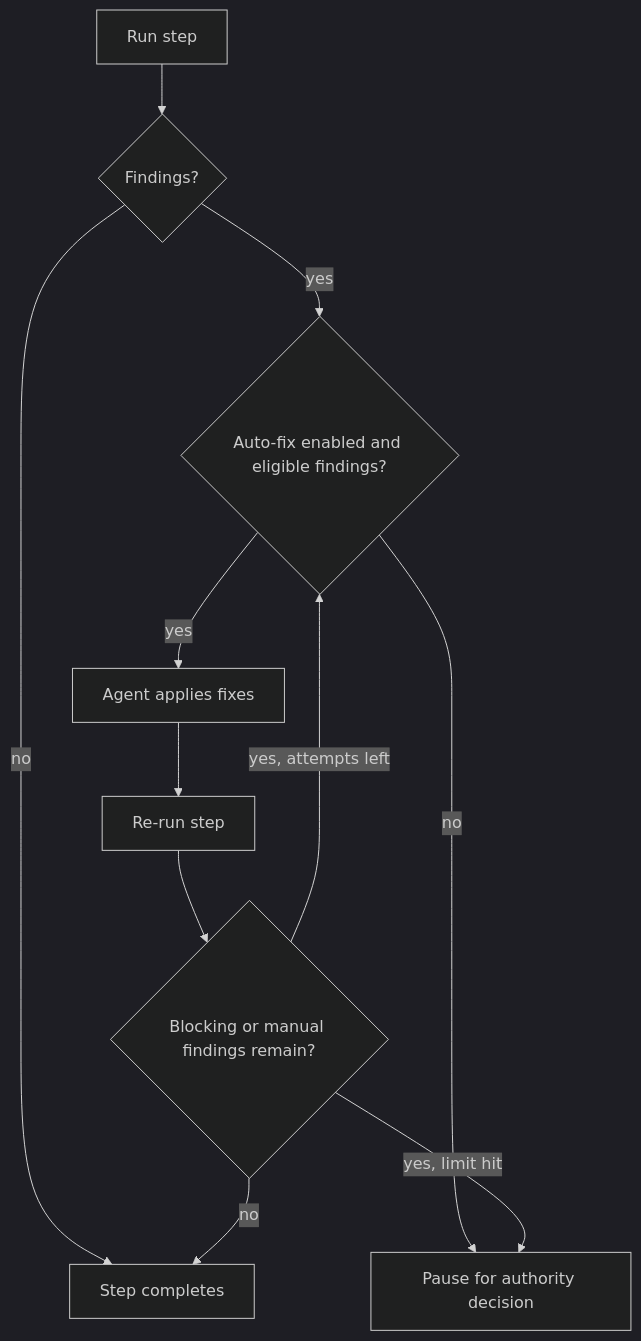
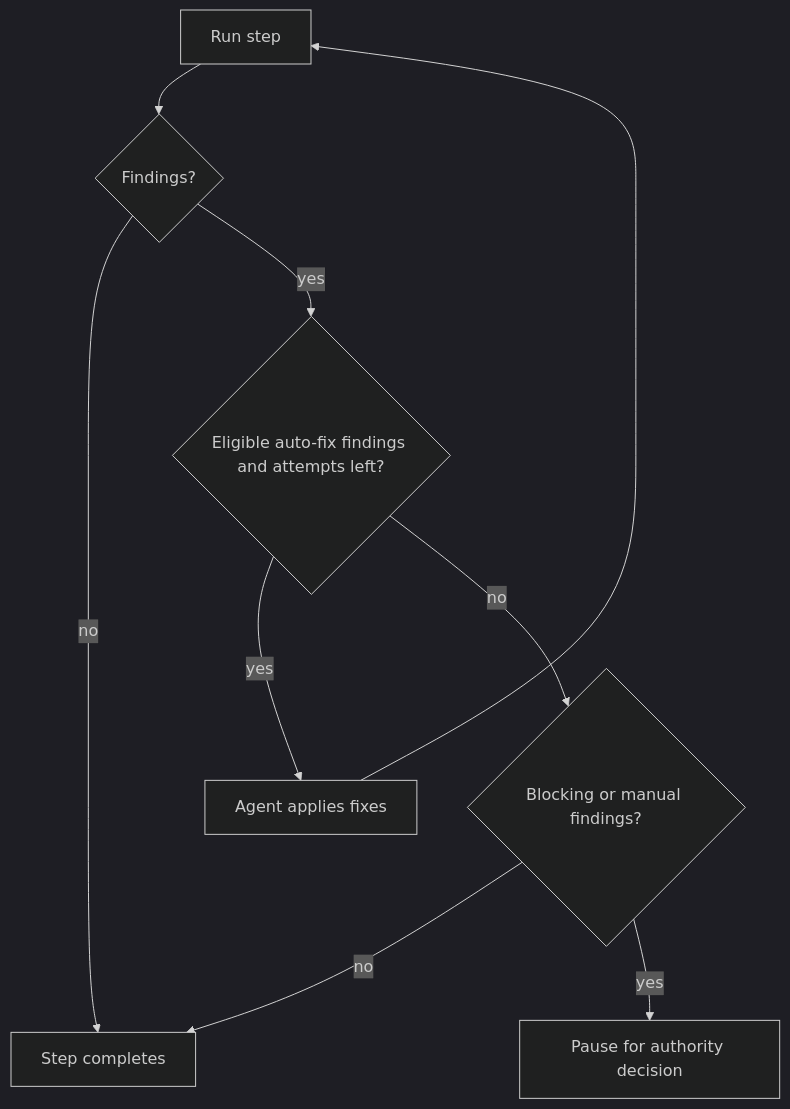
The diagram in docs/src/content/docs/concepts/auto-fix.md (henrylaih41/no-mistakes), drawn with Mermaid (dark theme) before and after one commit. The commit also changed other lines of this file and 32 other files, not shown here.

````diff
--- a/docs/src/content/docs/concepts/auto-fix.md
+++ b/docs/src/content/docs/concepts/auto-fix.md
@@ -8,13 +8,11 @@
 ```mermaid
 flowchart TD
   run["Run step"] --> findings{"Findings?"}
   findings -- "no" --> done["Step completes"]
-  findings -- "yes" --> eligible{"Auto-fix enabled and eligible findings?"}
-  eligible -- "no" --> pause["Pause for authority decision"]
+  findings -- "yes" --> eligible{"Eligible auto-fix findings and attempts left?"}
   eligible -- "yes" --> fix["Agent applies fixes"]
-  fix --> rerun["Re-run step"]
-  rerun --> clean{"Blocking or manual findings remain?"}
-  clean -- "no" --> done
-  clean -- "yes, attempts left" --> eligible
-  clean -- "yes, limit hit" --> pause
+  fix --> run
+  eligible -- "no" --> blocking{"Blocking or manual findings?"}
+  blocking -- "no" --> done
+  blocking -- "yes" --> pause["Pause for authority decision"]
 ```
````
